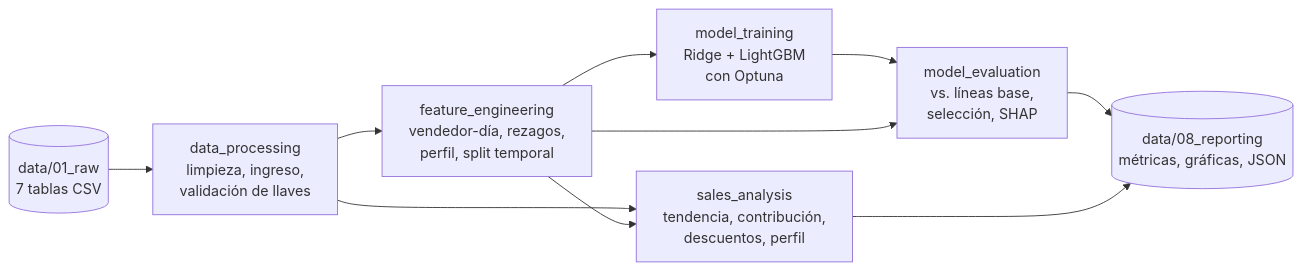
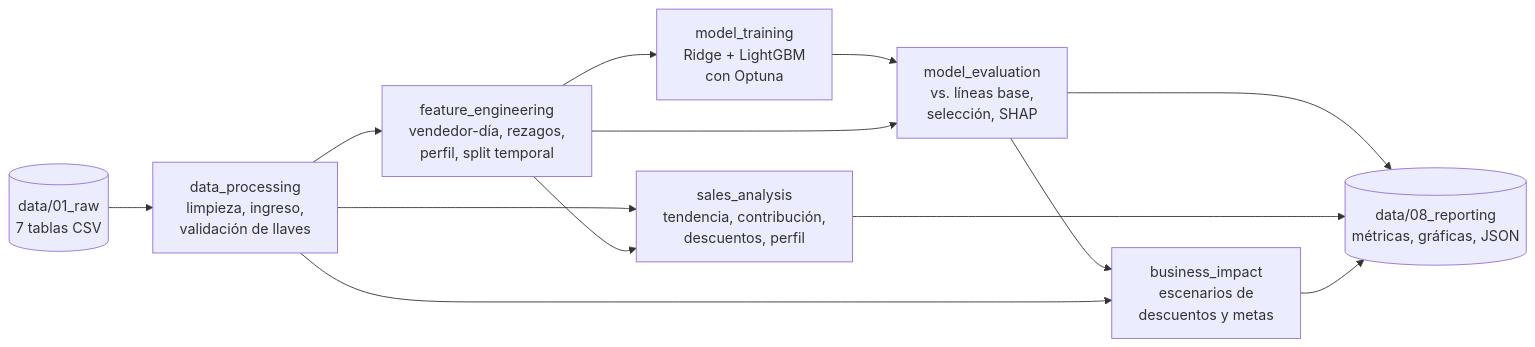
The diagram in README.md (Cynthiss/ML-Proyecto-Final), drawn with Mermaid before and after one commit. The commit also changed other lines of this file, not shown here.

````diff
--- a/README.md
+++ b/README.md
@@ -46,12 +66,15 @@
 ```mermaid
 flowchart LR
     RAW[(data/01_raw<br/>7 tablas CSV)] --> DP[data_processing<br/>limpieza, ingreso,<br/>validación de llaves]
     DP --> FE[feature_engineering<br/>vendedor-día, rezagos,<br/>perfil, split temporal]
     DP --> SA[sales_analysis<br/>tendencia, contribución,<br/>descuentos, perfil]
     FE --> SA
     FE --> MT[model_training<br/>Ridge + LightGBM<br/>con Optuna]
     MT --> ME[model_evaluation<br/>vs. líneas base,<br/>selección, SHAP]
     FE --> ME
+    ME --> BI[business_impact<br/>escenarios de<br/>descuentos y metas]
+    DP --> BI
     ME --> REP[(data/08_reporting<br/>métricas, gráficas, JSON)]
     SA --> REP
+    BI --> REP
 ```
````
